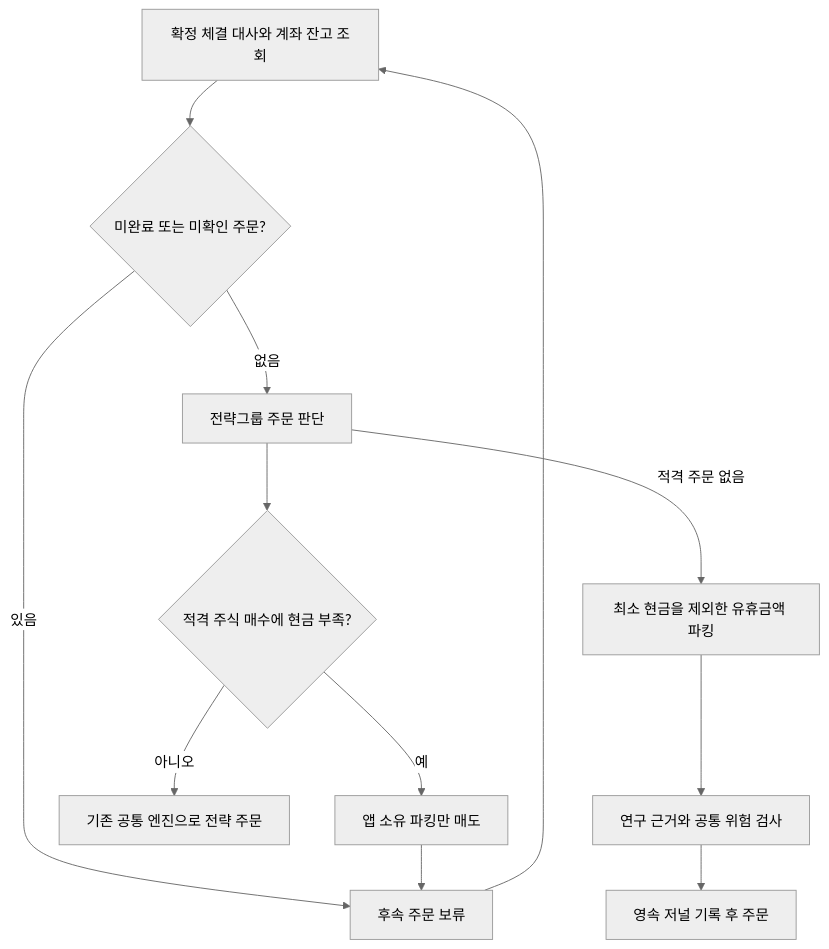
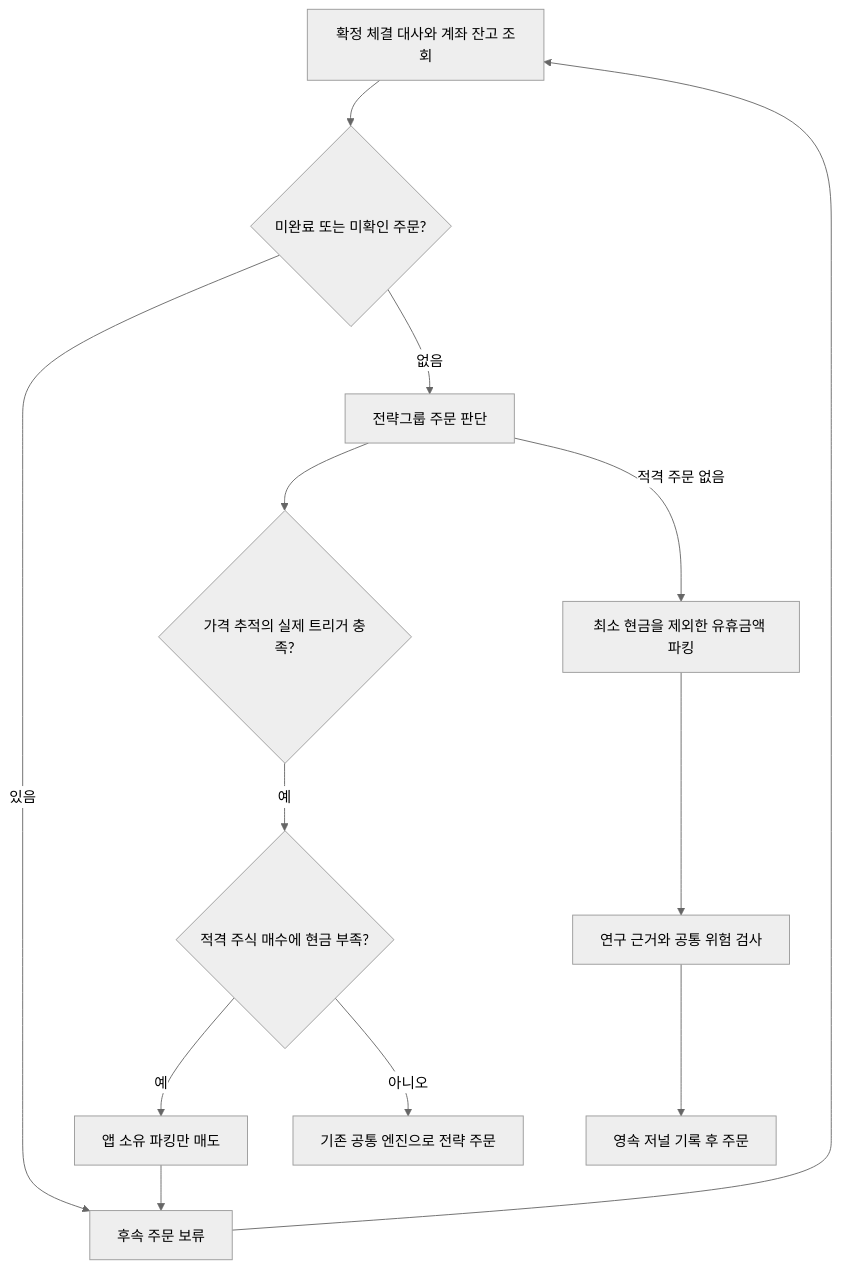
One commit to sinpie/StockNHPlug changed the diagram in docs/PARKING.md. Above: the diagram before and after it, drawn with Mermaid (neutral theme). The commit also changed other lines of this file and 30 other files, not shown here.

````diff
--- a/docs/PARKING.md
+++ b/docs/PARKING.md
@@ -15,14 +15,15 @@
 ```mermaid
 flowchart TD
     A[확정 체결 대사와 계좌 잔고 조회] --> B{미완료 또는 미확인 주문?}
     B -->|있음| W[후속 주문 보류]
     B -->|없음| C[전략그룹 주문 판단]
-    C --> D{적격 주식 매수에 현금 부족?}
+    C --> T{가격 추적의 실제 트리거 충족?}
+    T -->|예| D{적격 주식 매수에 현금 부족?}
     D -->|예| E[앱 소유 파킹만 매도]
     E --> W
     W --> A
     D -->|아니오| F[기존 공통 엔진으로 전략 주문]
     C -->|적격 주문 없음| G[최소 현금을 제외한 유휴금액 파킹]
     G --> H[연구 근거와 공통 위험 검사]
     H --> I[영속 저널 기록 후 주문]
 ```
````
